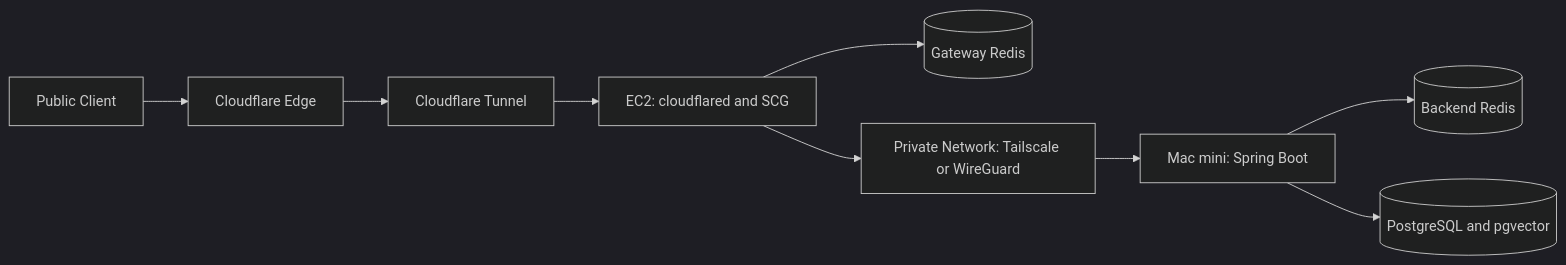
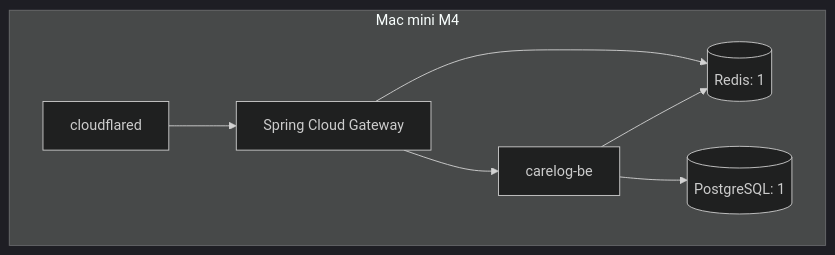
The second of 5 diagrams in docs/architecture/runtime-deployment-profiles.md (ranikun-labs/carelog-be), drawn with Mermaid (dark theme) before and after one commit. The commit also changed other lines of this file and 1 other file, not shown here.

Commit message:
docs(architecture): 제품과 공용 플랫폼의 서비스 경계를 구분

````diff
--- a/docs/architecture/runtime-deployment-profiles.md
+++ b/docs/architecture/runtime-deployment-profiles.md
@@ -38,11 +58,14 @@
 ```mermaid
-flowchart LR
-    client[Public Client] --> edge[Cloudflare Edge]
-    edge --> tunnel[Cloudflare Tunnel]
-    tunnel --> ec2[EC2: cloudflared and SCG]
-    ec2 --> gatewayRedis[(Gateway Redis)]
-    ec2 --> vpn[Private Network: Tailscale or WireGuard]
-    vpn --> backend[Mac mini: Spring Boot]
-    backend --> backendRedis[(Backend Redis)]
-    backend --> postgres[(PostgreSQL and pgvector)]
+flowchart TB
+    subgraph mac[Mac mini M4]
+        cloudflared[cloudflared]
+        scg[Spring Cloud Gateway]
+        be[carelog-be]
+        redis[(Redis: 1)]
+        pg[(PostgreSQL: 1)]
+    end
+    cloudflared --> scg --> be
+    scg --> redis
+    be --> redis
+    be --> pg
 ```
````
